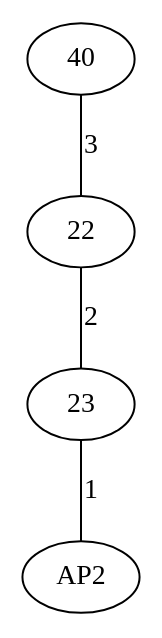
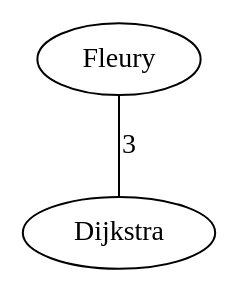
Before and after one commit to francisc-o-liveira/lei-24-s2-1dp-g163: the diagram in graph.dot, drawn with Graphviz. The commit also changed 18 other files, not shown here.

```diff
--- a/graph.dot
+++ b/graph.dot
@@ -1,5 +1,3 @@
 graph US13 {
-40 -- 22 [label="3"];
-22 -- 23 [label="2"];
-23 -- AP2 [label="1"];
+Fleury -- Dijkstra [label="3"];
 }
```
